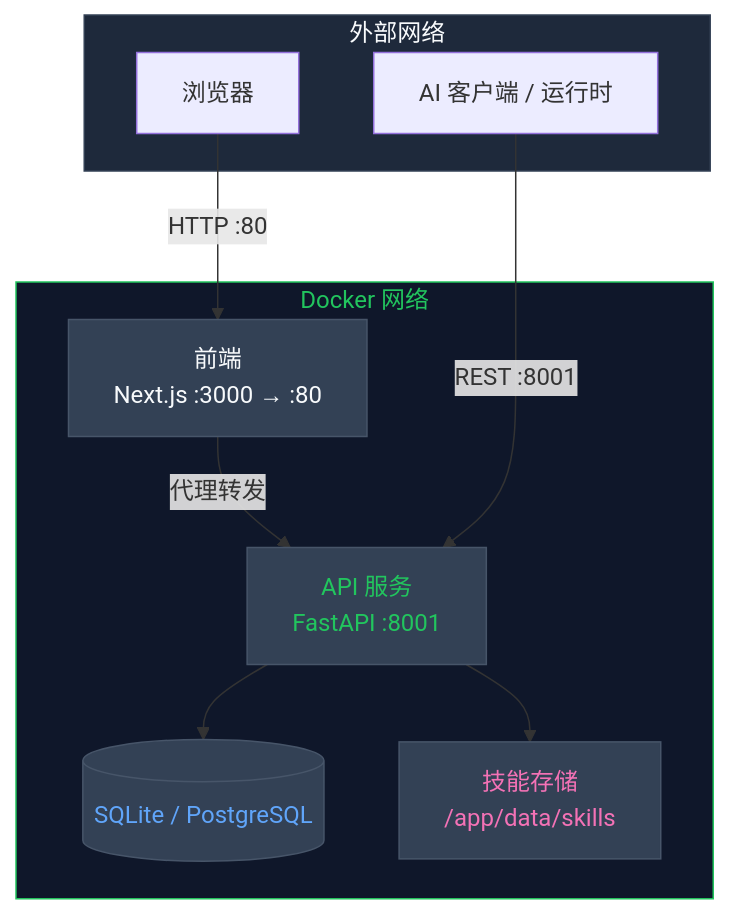
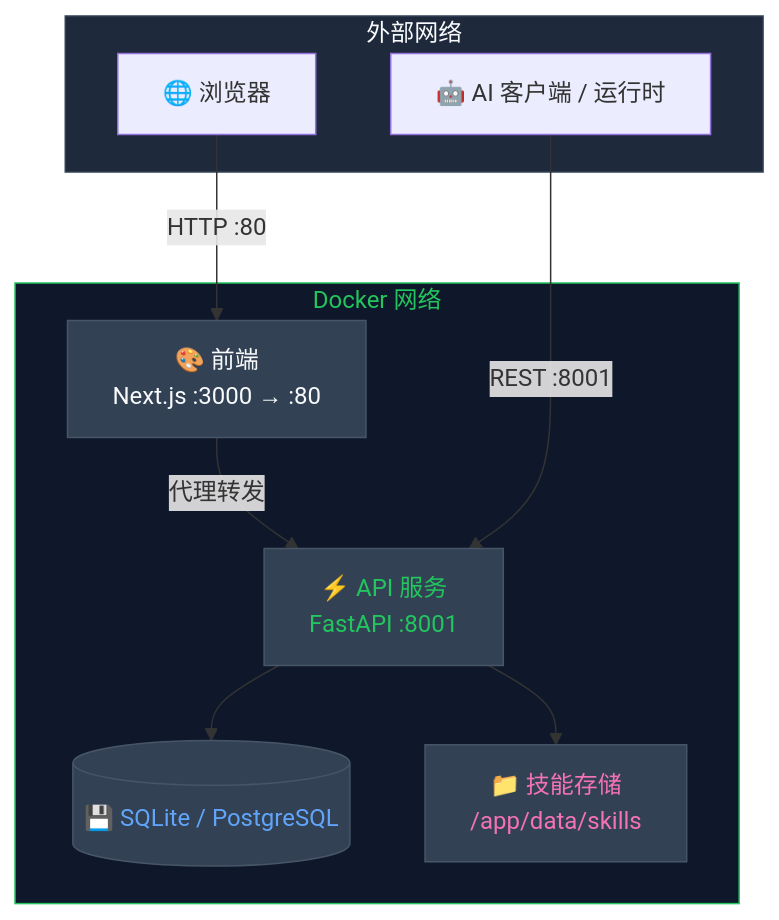
Before and after one commit to jiabai/open-skillhub: the first of 2 diagrams in README-zh.md, drawn with Mermaid. The commit also changed other lines of this file and 33 other files, not shown here.

````diff
--- a/README-zh.md
+++ b/README-zh.md
@@ -209,27 +285,27 @@
 ```mermaid
 graph TB
     subgraph External["外部网络"]
-        Browser["浏览器"]
-        AIAgent["AI 客户端 / 运行时"]
+        Browser["🌐 浏览器"]
+        AIAgent["🤖 AI 客户端 / 运行时"]
     end
 
     subgraph Docker["Docker 网络"]
-        Frontend["前端<br/>Next.js :3000 → :80"]
-        API["API 服务<br/>FastAPI :8001"]
-        DB[(SQLite / PostgreSQL)]
-        Storage["技能存储<br/>/app/data/skills"]
+        Frontend["🎨 前端<br/>Next.js :3000 → :80"]
+        API["⚡ API 服务<br/>FastAPI :8001"]
+        DB[(💾 SQLite / PostgreSQL)]
+        Storage["📁 技能存储<br/>/app/data/skills"]
     end
 
     Browser -->|HTTP :80| Frontend
     Frontend -->|代理转发| API
     AIAgent -->|REST :8001| API
     API --> DB
     API --> Storage
 
     style External fill:#1e293b,stroke:#334155,color:#f8fafc
     style Docker fill:#0f172a,stroke:#22c55e,color:#22c55e
     style Frontend fill:#334155,stroke:#475569,color:#f8fafc
     style API fill:#334155,stroke:#475569,color:#22c55e
     style DB fill:#334155,stroke:#475569,color:#60a5fa
     style Storage fill:#334155,stroke:#475569,color:#f472b6
 ```
````
